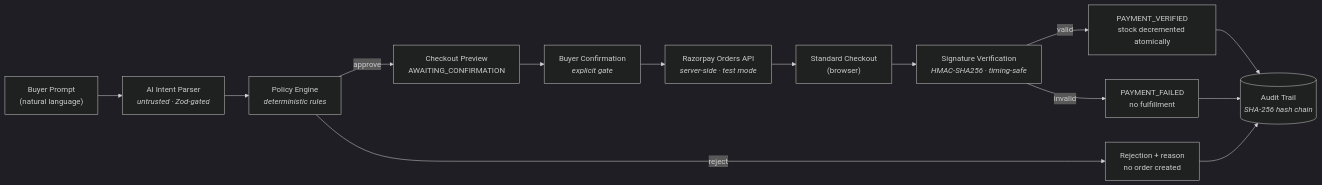
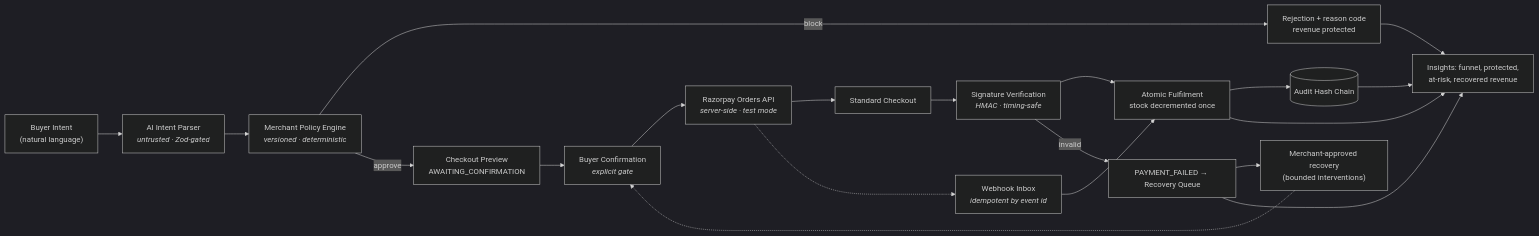
Before and after one commit to ShreyanshVishwakarma/agentpay: the diagram in README.md, drawn with Mermaid (dark theme). The commit also changed other lines of this file and 8 other files, not shown here.

Commit message:
test: policy studio, insights, and recovery suites; add CI workflow; reposition README as commerce control plane

````diff
--- a/README.md
+++ b/README.md
@@ -27,14 +23,19 @@
 ```mermaid
 flowchart LR
-    A["Buyer Prompt<br/>(natural language)"] --> B["AI Intent Parser<br/><i>untrusted · Zod-gated</i>"]
-    B --> C["Policy Engine<br/><i>deterministic rules</i>"]
-    C -->|reject| Z["Rejection + reason<br/>no order created"]
+    A["Buyer Intent<br/>(natural language)"] --> B["AI Intent Parser<br/><i>untrusted · Zod-gated</i>"]
+    B --> C["Merchant Policy Engine<br/><i>versioned · deterministic</i>"]
+    C -->|block| Z["Rejection + reason code<br/>revenue protected"]
     C -->|approve| D["Checkout Preview<br/>AWAITING_CONFIRMATION"]
     D --> E["Buyer Confirmation<br/><i>explicit gate</i>"]
     E --> F["Razorpay Orders API<br/><i>server-side · test mode</i>"]
-    F --> G["Standard Checkout<br/>(browser)"]
-    G --> H["Signature Verification<br/><i>HMAC-SHA256 · timing-safe</i>"]
-    H -->|valid| I["PAYMENT_VERIFIED<br/>stock decremented atomically"]
-    H -->|invalid| J["PAYMENT_FAILED<br/>no fulfillment"]
-    I & J & Z --> K[("Audit Trail<br/><i>SHA-256 hash chain</i>")]
+    F --> G["Standard Checkout"]
+    G --> H["Signature Verification<br/><i>HMAC · timing-safe</i>"]
+    F -.-> W["Webhook Inbox<br/><i>idempotent by event id</i>"]
+    H --> I["Atomic Fulfilment<br/>stock decremented once"]
+    W --> I
+    I --> K[("Audit Hash Chain")]
+    H -->|invalid| J["PAYMENT_FAILED → Recovery Queue"]
+    J --> R["Merchant-approved recovery<br/>(bounded interventions)"]
+    R -.-> E
+    Z & I & J & K --> S["Insights: funnel, protected,<br/>at-risk, recovered revenue"]
 ```
````
